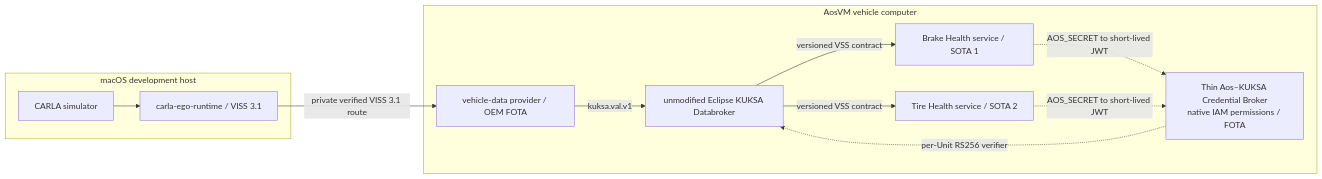
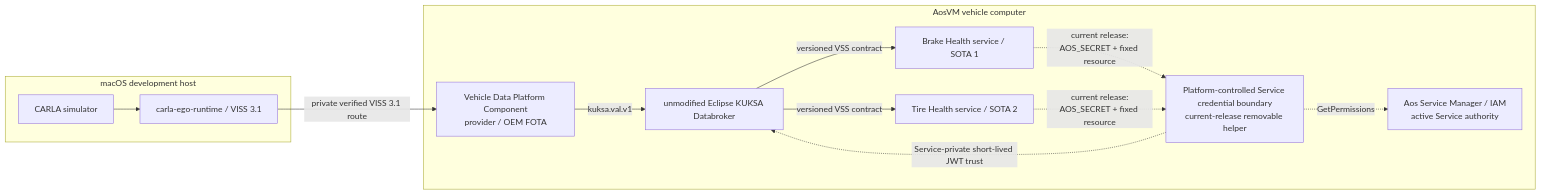
One commit to alexmaninblack/aosedge-sdv-demo changed the diagram in docs/architecture/repository-boundaries.md. Above: the diagram before and after it, drawn with Mermaid. The commit also changed other lines of this file and 60 other files, not shown here.

````diff
--- a/docs/architecture/repository-boundaries.md
+++ b/docs/architecture/repository-boundaries.md
@@ -14,24 +16,26 @@
 ```mermaid
 flowchart LR
     subgraph macOS["macOS development host"]
         CARLA["CARLA simulator"]
         VISS["carla-ego-runtime / VISS 3.1"]
         CARLA --> VISS
     end
 
     subgraph AosVM["AosVM vehicle computer"]
-        PROVIDER["vehicle-data provider / OEM FOTA"]
-        BROKER["Thin Aos–KUKSA Credential Broker<br/>native IAM permissions / FOTA"]
+        IAM["Aos Service Manager / IAM<br/>active Service authority"]
+        PROVIDER["Vehicle Data Platform Component<br/>provider / OEM FOTA"]
+        HELPER["Platform-controlled Service credential boundary<br/>current-release removable helper"]
         KUKSA["unmodified Eclipse KUKSA Databroker"]
         SERVICE1["Brake Health service / SOTA 1"]
         SERVICE2["Tire Health service / SOTA 2"]
         PROVIDER -->|"kuksa.val.v1"| KUKSA
         KUKSA -->|"versioned VSS contract"| SERVICE1
         KUKSA -->|"versioned VSS contract"| SERVICE2
-        SERVICE1 -. "AOS_SECRET to short-lived JWT" .-> BROKER
-        SERVICE2 -. "AOS_SECRET to short-lived JWT" .-> BROKER
-        BROKER -. "per-Unit RS256 verifier" .-> KUKSA
+        SERVICE1 -. "current release:<br/>AOS_SECRET + fixed resource" .-> HELPER
+        SERVICE2 -. "current release:<br/>AOS_SECRET + fixed resource" .-> HELPER
+        HELPER -. "GetPermissions" .-> IAM
+        HELPER -. "Service-private short-lived JWT trust" .-> KUKSA
     end
 
     VISS -->|"private verified VISS 3.1 route"| PROVIDER
 ```
````
